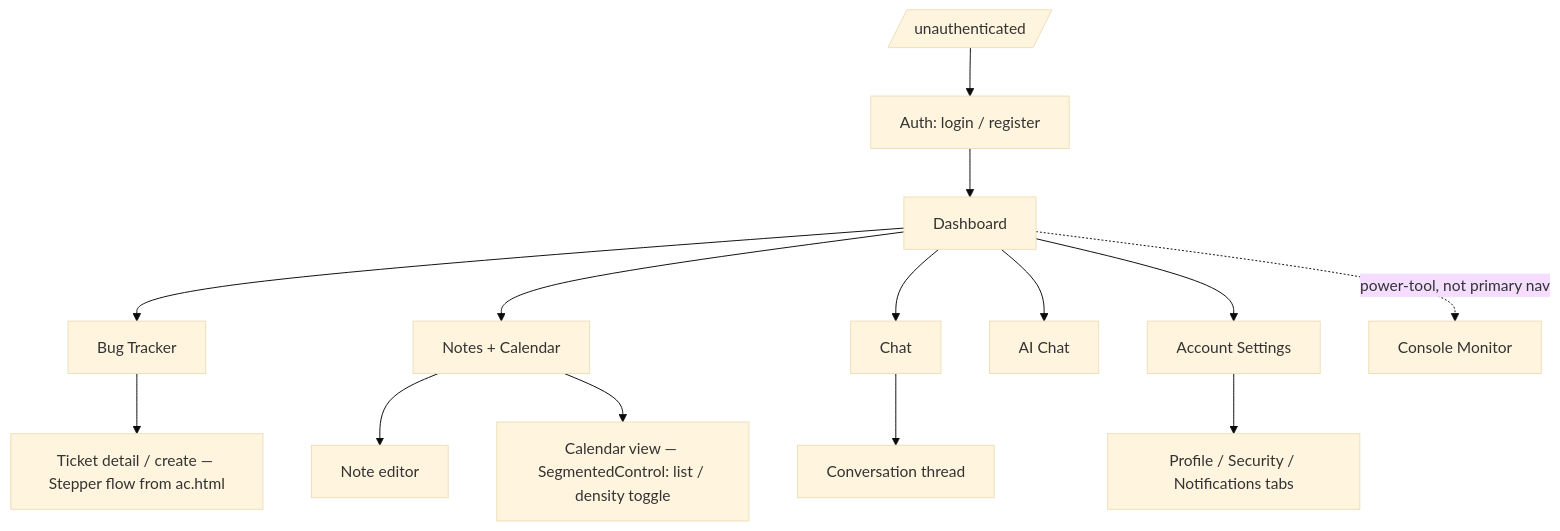
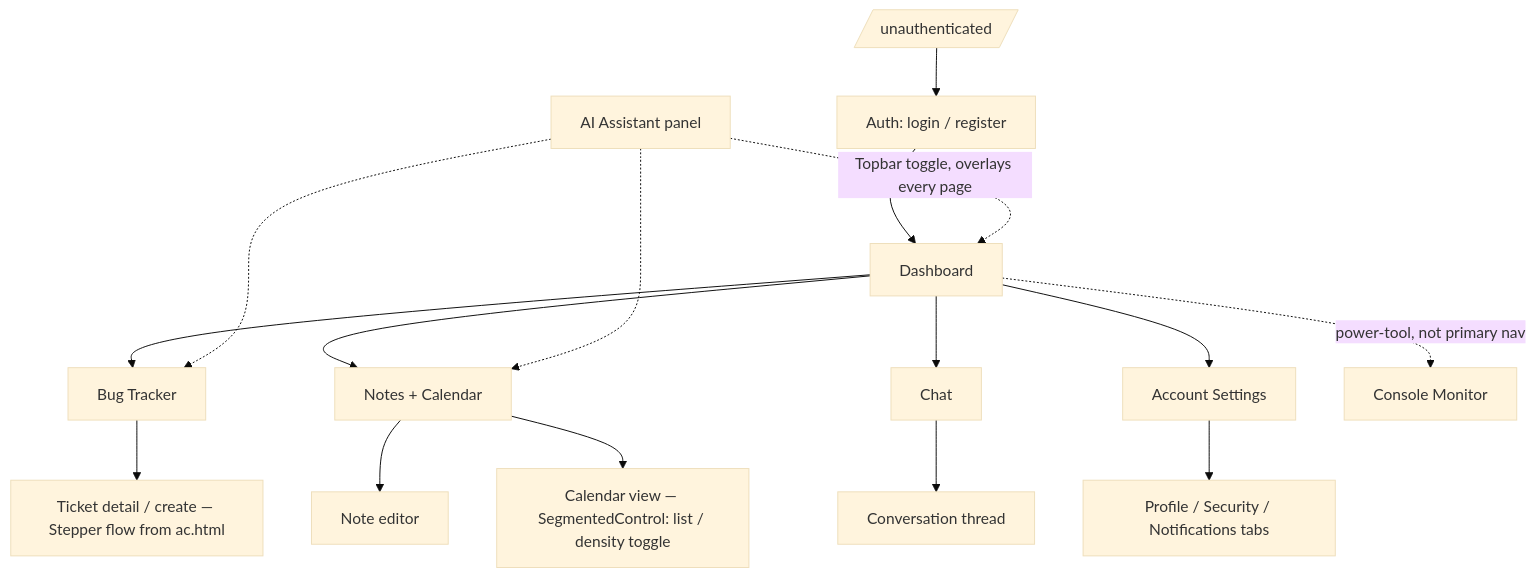
Before and after one commit to tp-job/apexops_i: the diagram in .agents/docs/product/user-flow.md, drawn with Mermaid (base theme). The commit also changed other lines of this file and 4 other files, not shown here.

````diff
--- a/.agents/docs/product/user-flow.md
+++ b/.agents/docs/product/user-flow.md
@@ -77,16 +77,18 @@
 ```mermaid
 flowchart TD
     A[/ unauthenticated /] --> B[Auth: login / register]
     B --> C[Dashboard]
     C --> D[Bug Tracker]
     C --> E[Notes + Calendar]
     C --> F[Chat]
-    C --> G[AI Chat]
     C --> H[Account Settings]
     D --> D1[Ticket detail / create — Stepper flow from ac.html]
     E --> E1[Note editor]
     E --> E2[Calendar view — SegmentedControl: list / density toggle]
     F --> F1[Conversation thread]
     H --> H1[Profile / Security / Notifications tabs]
     C -.->|power-tool, not primary nav| I[Console Monitor]
+    G[AI Assistant panel] -.->|Topbar toggle, overlays every page| C
+    G -.-> D
+    G -.-> E
 ```
````
